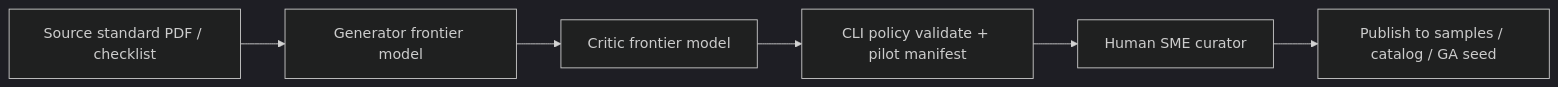
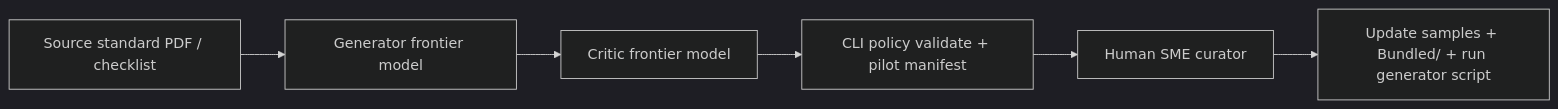
The diagram in docs/library/POLICY_PACK_CONTENT_BACKLOG.md (joefrancisGA/ArchLucid), drawn with Mermaid (dark theme) before and after one commit. The commit also changed other lines of this file and 78 other files, not shown here.

````diff
--- a/docs/library/POLICY_PACK_CONTENT_BACKLOG.md
+++ b/docs/library/POLICY_PACK_CONTENT_BACKLOG.md
@@ -31,15 +29,15 @@
 ```mermaid
 flowchart LR
   SRC[Source standard PDF / checklist]
   GEN[Generator frontier model]
   CRIT[Critic frontier model]
   VAL[CLI policy validate + pilot manifest]
   HUM[Human SME curator]
-  PUB[Publish to samples / catalog / GA seed]
+  PUB[Update samples + Bundled/ + run generator script]
 
   SRC --> GEN
   GEN --> CRIT
   CRIT --> VAL
   VAL --> HUM
   HUM --> PUB
 ```
````
